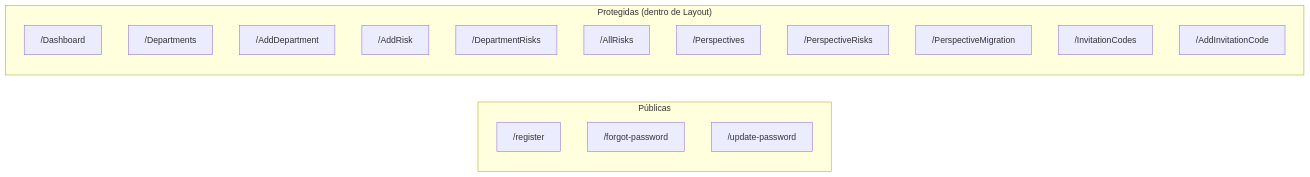
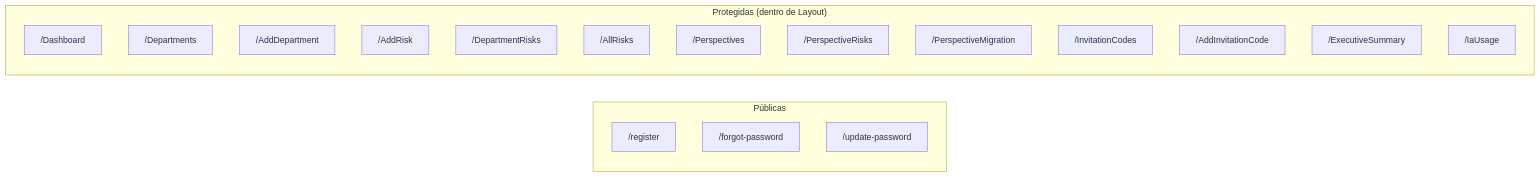
Before and after one commit to tenryuag/matriz_riesgos: the first of 3 diagrams in docs/05-LOGICA-FRONTEND.md, drawn with Mermaid. The commit also changed other lines of this file and 41 other files, not shown here.

````diff
--- a/docs/05-LOGICA-FRONTEND.md
+++ b/docs/05-LOGICA-FRONTEND.md
@@ -7,22 +7,24 @@
 ```mermaid
 graph LR
     subgraph "Públicas"
         R["/register"]
         FP["/forgot-password"]
         UP["/update-password"]
     end
 
     subgraph "Protegidas (dentro de Layout)"
         D["/Dashboard"]
         DEP["/Departments"]
         AD["/AddDepartment"]
         AR["/AddRisk"]
         DR["/DepartmentRisks"]
         ALL["/AllRisks"]
         P["/Perspectives"]
         PR["/PerspectiveRisks"]
         PM["/PerspectiveMigration"]
         IC["/InvitationCodes"]
         AIC["/AddInvitationCode"]
+        ES["/ExecutiveSummary"]
+        IU["/IaUsage"]
     end
 ```
````
